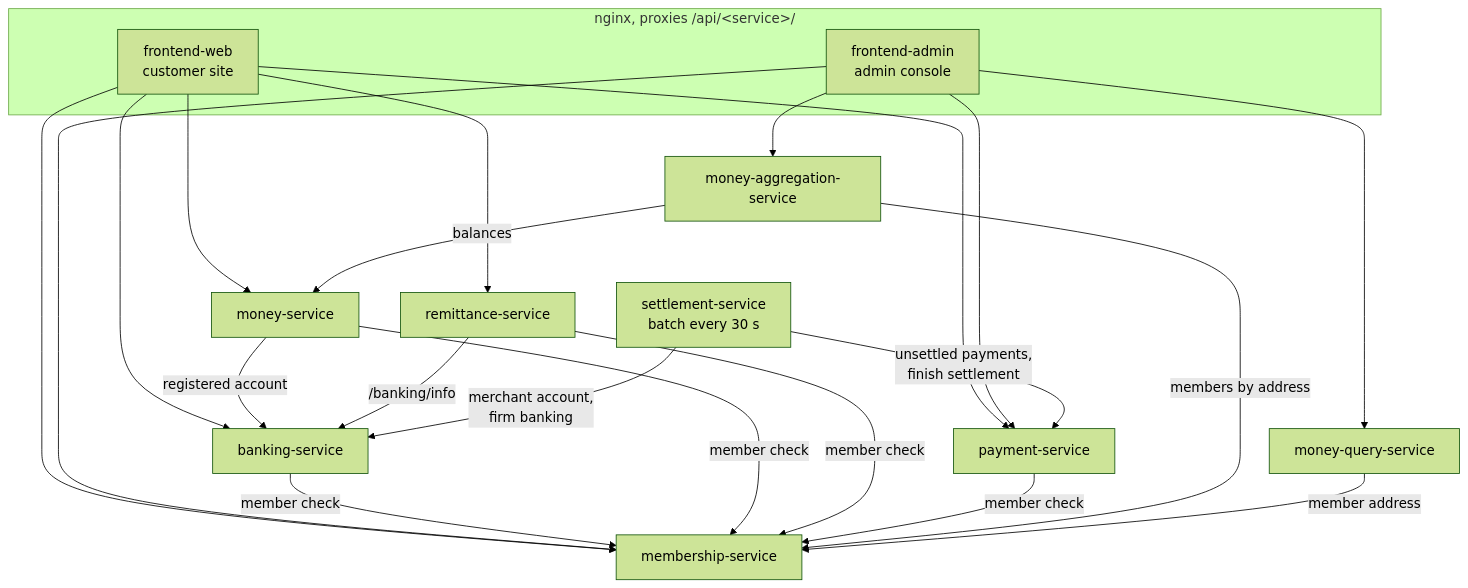
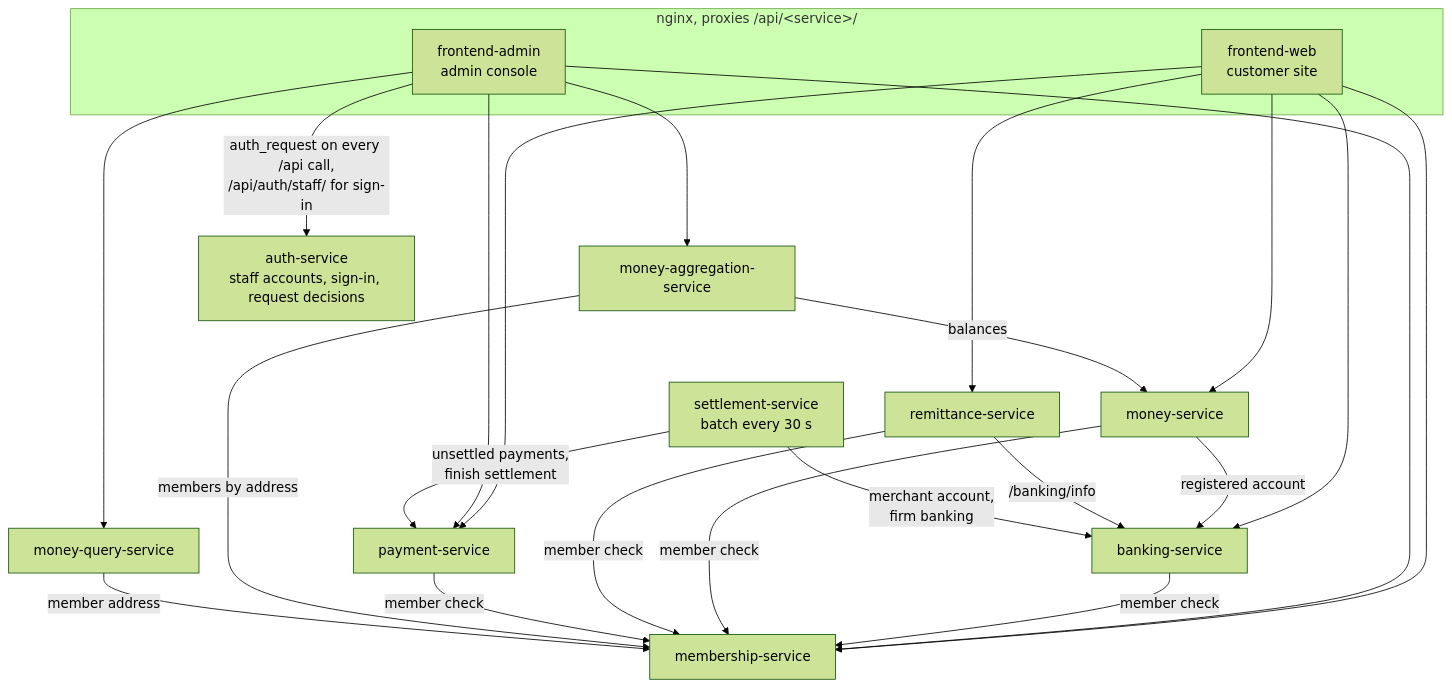
The first of 4 diagrams in README.md (chrysaor/JayPay), drawn with Mermaid (forest theme) before and after one commit. The commit also changed other lines of this file and 3 other files, not shown here.

First line of the commit message:
docs: describe staff sign-in, the roles and auth-service

````diff
--- a/README.md
+++ b/README.md
@@ -13,31 +13,33 @@
 ```mermaid
 flowchart TB
     subgraph sites["nginx, proxies /api/&lt;service&gt;/"]
         web["frontend-web<br/>customer site"]
         admin["frontend-admin<br/>admin console"]
     end
 
     settlement["settlement-service<br/>batch every 30 s"]
     remittance["remittance-service"]
     aggregation["money-aggregation-service"]
     query["money-query-service"]
     payment["payment-service"]
     money["money-service"]
     banking["banking-service"]
     membership["membership-service"]
+    auth["auth-service<br/>staff accounts, sign-in, request decisions"]
 
     web --> membership & banking & money & remittance & payment
+    admin -- "auth_request on every /api call,<br/>/api/auth/staff/ for sign-in" --> auth
     admin --> membership & payment & aggregation & query
 
     banking -- "member check" --> membership
     money -- "member check" --> membership
     money -- "registered account" --> banking
     remittance -- "member check" --> membership
     remittance -- "/banking/info" --> banking
     payment -- "member check" --> membership
     aggregation -- "members by address" --> membership
     aggregation -- "balances" --> money
     query -- "member address" --> membership
     settlement -- "unsettled payments,<br/>finish settlement" --> payment
     settlement -- "merchant account,<br/>firm banking" --> banking
 ```
````
